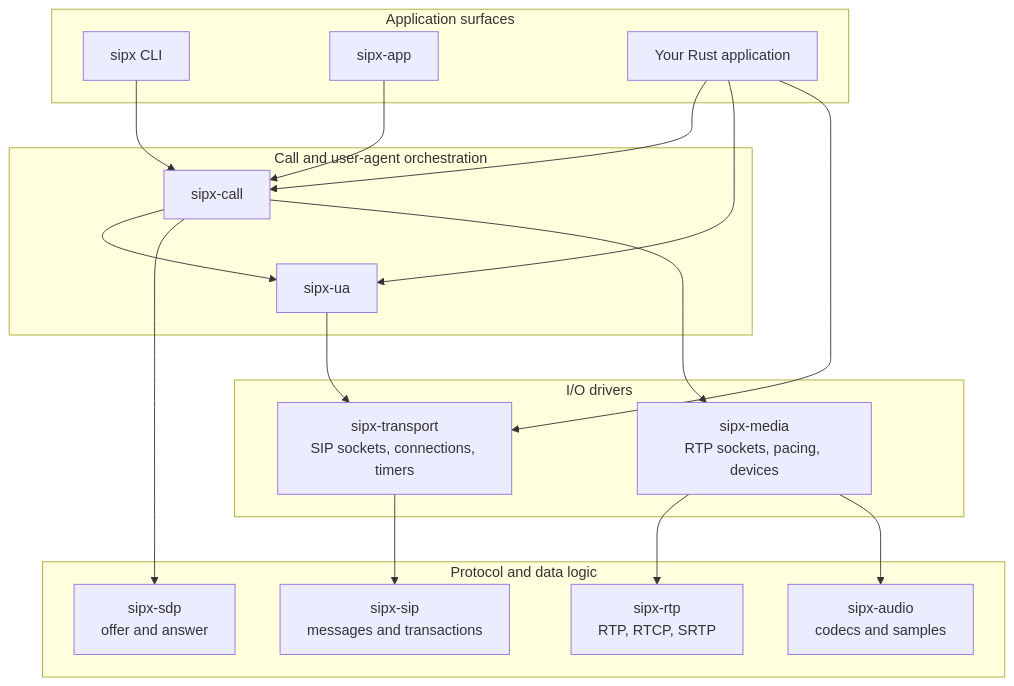
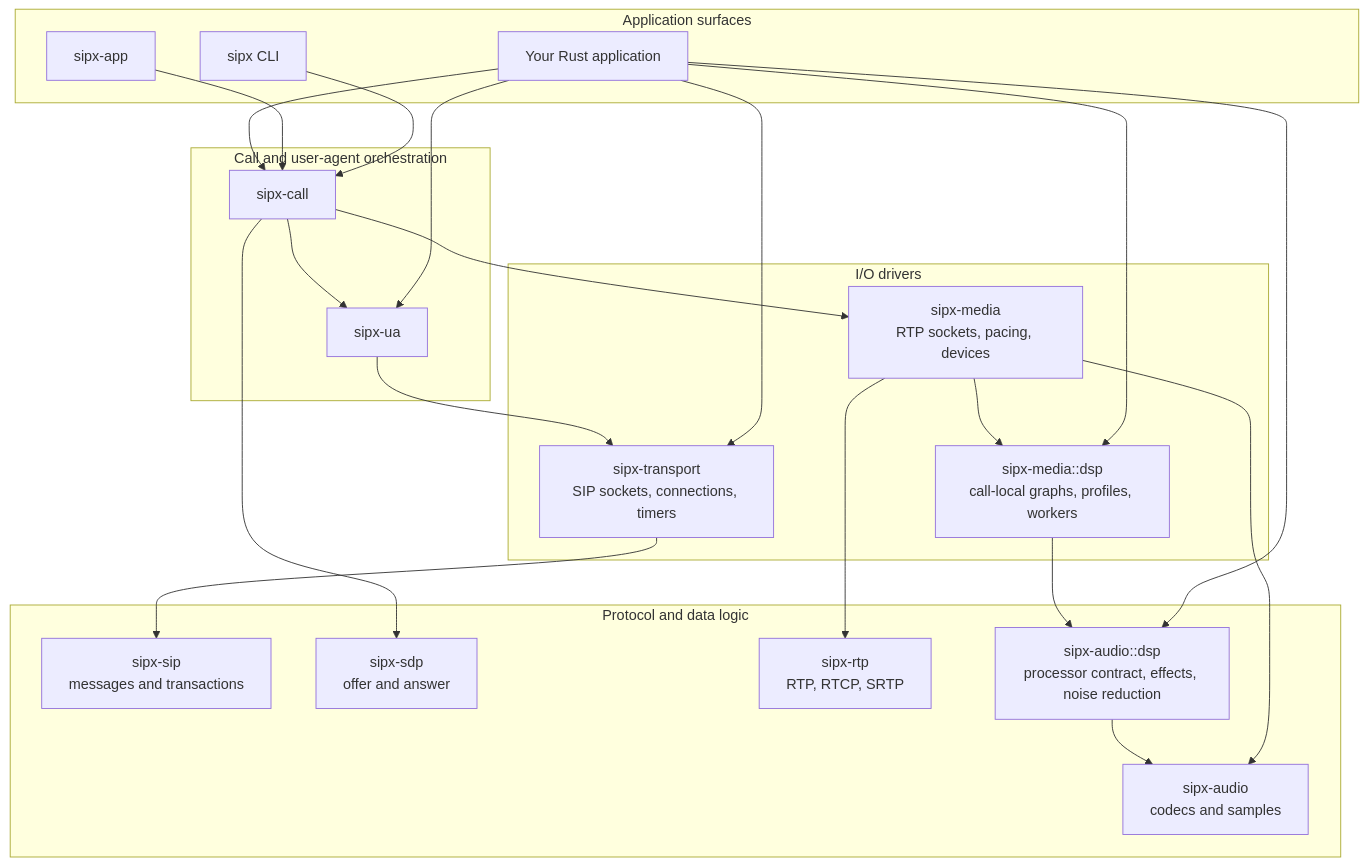
The diagram in website/docs/architecture.md (codewandler/sipx), drawn with Mermaid before and after one commit. The commit also changed other lines of this file and 4 other files, not shown here.

Commit message:
Document the media DSP architecture (X-146)

````diff
--- a/website/docs/architecture.md
+++ b/website/docs/architecture.md
@@ -18,38 +18,45 @@
 ```mermaid
 flowchart TB
     subgraph surfaces[Application surfaces]
         CLI[sipx CLI]
         APP[sipx-app]
         DOWN[Your Rust application]
     end
 
     subgraph orchestration[Call and user-agent orchestration]
         CALL[sipx-call]
         UA[sipx-ua]
     end
 
     subgraph drivers[I/O drivers]
         TRANSPORT[sipx-transport<br/>SIP sockets, connections, timers]
         MEDIA[sipx-media<br/>RTP sockets, pacing, devices]
+        DSP_GRAPH[sipx-media::dsp<br/>call-local graphs, profiles, workers]
     end
 
     subgraph logic[Protocol and data logic]
         SIP[sipx-sip<br/>messages and transactions]
         SDP[sipx-sdp<br/>offer and answer]
         RTP[sipx-rtp<br/>RTP, RTCP, SRTP]
         AUDIO[sipx-audio<br/>codecs and samples]
+        DSP_PROCESSOR[sipx-audio::dsp<br/>processor contract, effects, noise reduction]
     end
 
     CLI --> CALL
     APP --> CALL
     DOWN --> CALL
     DOWN --> UA
     DOWN --> TRANSPORT
+    DOWN --> DSP_GRAPH
+    DOWN --> DSP_PROCESSOR
     CALL --> UA
     CALL --> SDP
     CALL --> MEDIA
     UA --> TRANSPORT
     TRANSPORT --> SIP
+    MEDIA --> DSP_GRAPH
     MEDIA --> RTP
     MEDIA --> AUDIO
+    DSP_GRAPH --> DSP_PROCESSOR
+    DSP_PROCESSOR --> AUDIO
 ```
````
